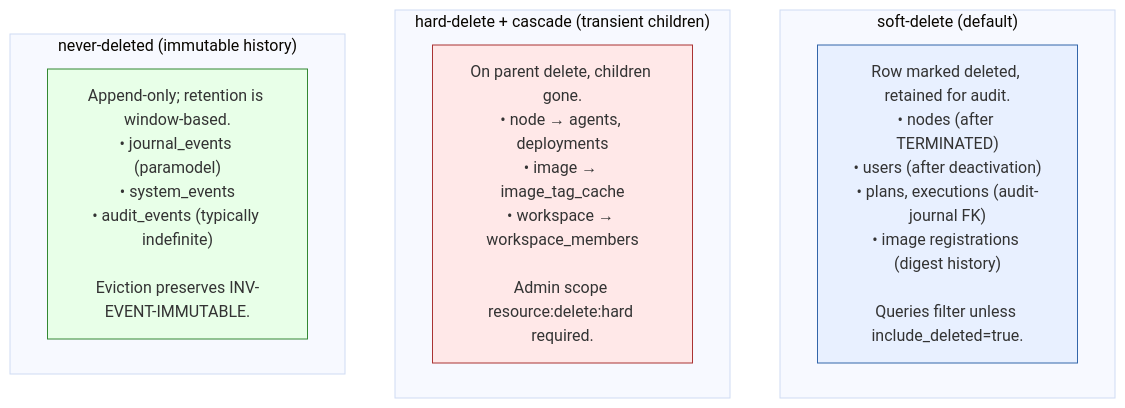
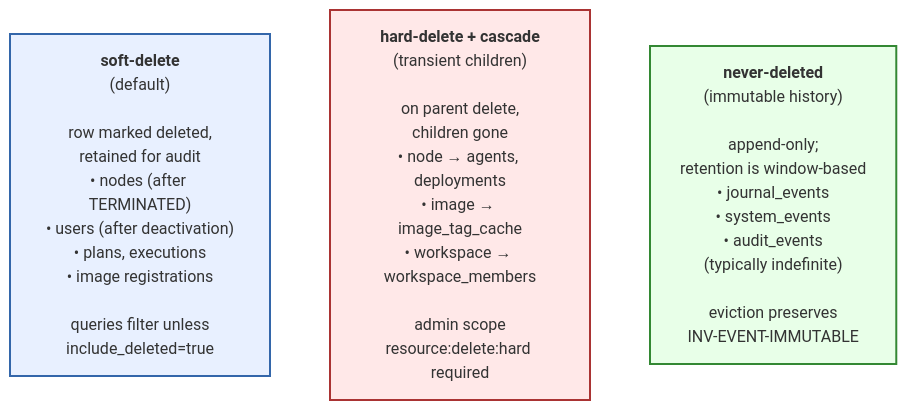
Before and after one commit to nosqlbench/hyperplane-rs: the diagram in docs/design/diagrams/SRD-0101/cascade-regimes.mmd, drawn with Mermaid (base theme). The commit also changed 32 other files, not shown here.

```diff
--- a/docs/design/diagrams/SRD-0101/cascade-regimes.mmd
+++ b/docs/design/diagrams/SRD-0101/cascade-regimes.mmd
@@ -1,21 +1,16 @@
 %% Copyright (c) Jonathan Shook
 %% SPDX-License-Identifier: Apache-2.0
-flowchart TB
-    subgraph Soft ["soft-delete (default)"]
-        S["Row marked deleted, retained for audit.<br/>• nodes (after TERMINATED)<br/>• users (after deactivation)<br/>• plans, executions (audit-journal FK)<br/>• image registrations (digest history)<br/><br/>Queries filter unless include_deleted=true."]
-    end
+%%{init: {'flowchart': {'nodeSpacing': 40, 'rankSpacing': 60}}}%%
+flowchart LR
+    S["<b>soft-delete</b><br/>(default)<br/><br/>row marked deleted,<br/>retained for audit<br/>• nodes (after TERMINATED)<br/>• users (after deactivation)<br/>• plans, executions<br/>• image registrations<br/><br/>queries filter unless<br/>include_deleted=true"]
+    H["<b>hard-delete + cascade</b><br/>(transient children)<br/><br/>on parent delete,<br/>children gone<br/>• node → agents, deployments<br/>• image → image_tag_cache<br/>• workspace → workspace_members<br/><br/>admin scope<br/>resource:delete:hard required"]
+    N["<b>never-deleted</b><br/>(immutable history)<br/><br/>append-only;<br/>retention is window-based<br/>• journal_events<br/>• system_events<br/>• audit_events<br/>(typically indefinite)<br/><br/>eviction preserves<br/>INV-EVENT-IMMUTABLE"]
 
-    subgraph Hard ["hard-delete + cascade (transient children)"]
-        H["On parent delete, children gone.<br/>• node → agents, deployments<br/>• image → image_tag_cache<br/>• workspace → workspace_members<br/><br/>Admin scope resource:delete:hard required."]
-    end
+    S ~~~ H ~~~ N
 
-    subgraph Never ["never-deleted (immutable history)"]
-        N["Append-only; retention is window-based.<br/>• journal_events (paramodel)<br/>• system_events<br/>• audit_events (typically indefinite)<br/><br/>Eviction preserves INV-EVENT-IMMUTABLE."]
-    end
-
-    classDef soft fill:#e8f0ff,stroke:#3366aa
-    classDef hard fill:#ffe8e8,stroke:#aa3333
-    classDef never fill:#e8ffe8,stroke:#338833
+    classDef soft fill:#e8f0ff,stroke:#3366aa,stroke-width:2px
+    classDef hard fill:#ffe8e8,stroke:#aa3333,stroke-width:2px
+    classDef never fill:#e8ffe8,stroke:#338833,stroke-width:2px
     class S soft
     class H hard
     class N never
```
